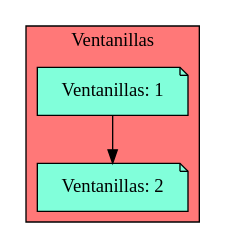
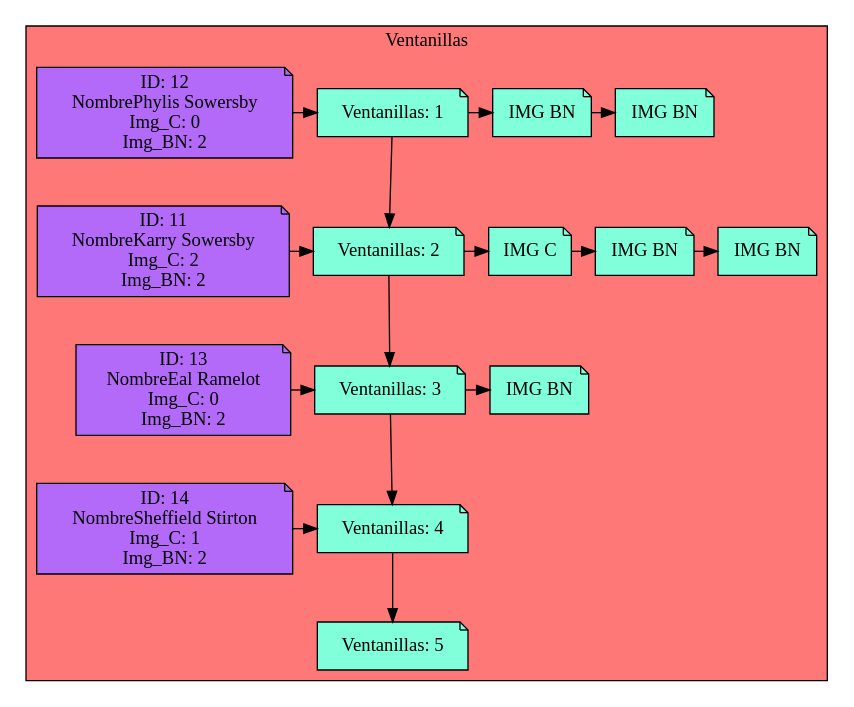
One commit to Serch-ING/EDD_UDRAWING_202000119 changed the diagram in Simple_Windows.dot. Above: the diagram before and after it, drawn with Graphviz. The commit also changed 16 other files, not shown here.

```diff
--- a/Simple_Windows.dot
+++ b/Simple_Windows.dot
@@ -1,12 +1,62 @@
 digraph L {
 node[shape=note fillcolor="#A181FF" style =filled]
 subgraph cluster_p{
     label= " Ventanillas "
     bgcolor = "#FF7878"
-Nodo825962150[label="Ventanillas: 1",fillcolor="#81FFDA",group=1]
-Nodo793138072[label="Ventanillas: 2",fillcolor="#81FFDA",group=2]
+Nodo1661081225[label="Ventanillas: 1",fillcolor="#81FFDA",group=1]
+Nodo1882554559[label="Ventanillas: 2",fillcolor="#81FFDA",group=2]
+Nodo694316372[label="Ventanillas: 3",fillcolor="#81FFDA",group=3]
+Nodo1516500233[label="Ventanillas: 4",fillcolor="#81FFDA",group=4]
+Nodo1850180796[label="Ventanillas: 5",fillcolor="#81FFDA",group=5]
 
-Nodo825962150 -> Nodo793138072
+Nodo1661081225 -> Nodo1882554559
 
-{rank=same;Nodo825962150}
-{rank=same;Nodo793138072}}}
+Cliente1594199808[label="ID: 12
+NombrePhylis Sowersby
+Img_C: 0
+Img_BN: 2",fillcolor="#B36AF9",group=1]
+Cliente1594199808-> Nodo1661081225
+Nodo306115458[label="IMG BN",fillcolor="#81FFDA"]
+Nodo1201484275[label="IMG BN",fillcolor="#81FFDA"]
+Nodo306115458 -> Nodo1201484275
+
+Nodo1661081225 -> Nodo306115458
+
+{rank=same;Nodo1661081225,Cliente1594199808,Nodo306115458,Nodo1201484275}
+Nodo1882554559 -> Nodo694316372
+
+Cliente58940486[label="ID: 11
+NombreKarry Sowersby
+Img_C: 2
+Img_BN: 2",fillcolor="#B36AF9",group=2]
+Cliente58940486-> Nodo1882554559
+Nodo230643635[label="IMG C",fillcolor="#81FFDA"]
+Nodo1089418272[label="IMG BN",fillcolor="#81FFDA"]
+Nodo422396878[label="IMG BN",fillcolor="#81FFDA"]
+Nodo230643635 -> Nodo1089418272
+Nodo1089418272 -> Nodo422396878
+
+Nodo1882554559 -> Nodo230643635
+
+{rank=same;Nodo1882554559,Cliente58940486,Nodo230643635,Nodo1089418272,Nodo422396878}
+Nodo694316372 -> Nodo1516500233
+
+Cliente1233990028[label="ID: 13
+NombreEal Ramelot
+Img_C: 0
+Img_BN: 2",fillcolor="#B36AF9",group=3]
+Cliente1233990028-> Nodo694316372
+Nodo944427387[label="IMG BN",fillcolor="#81FFDA"]
+
+Nodo694316372 -> Nodo944427387
+
+{rank=same;Nodo694316372,Cliente1233990028,Nodo944427387}
+Nodo1516500233 -> Nodo1850180796
+
+Cliente1636182655[label="ID: 14
+NombreSheffield Stirton
+Img_C: 1
+Img_BN: 2",fillcolor="#B36AF9",group=4]
+Cliente1636182655-> Nodo1516500233
+{rank=same;Nodo1516500233,Cliente1636182655}
+{rank=same;Nodo1850180796}}}
```
